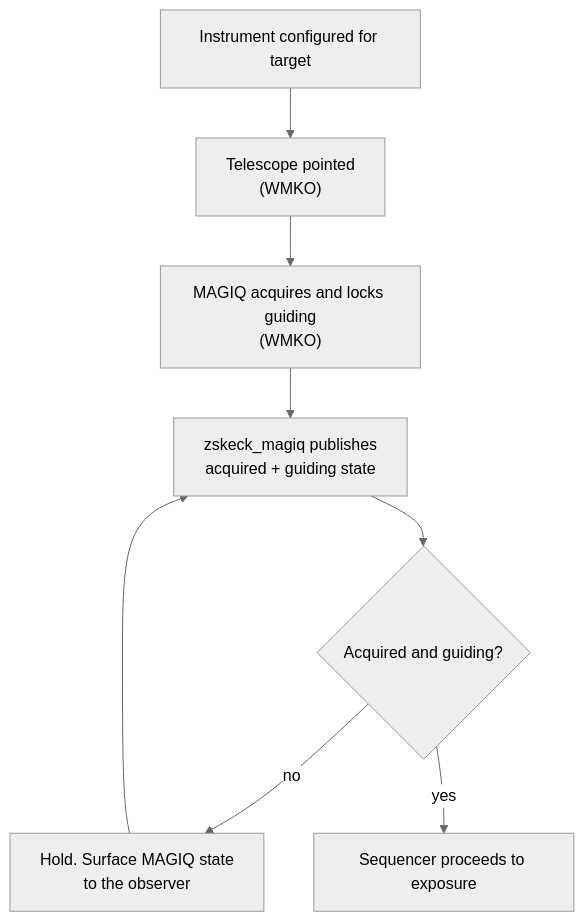
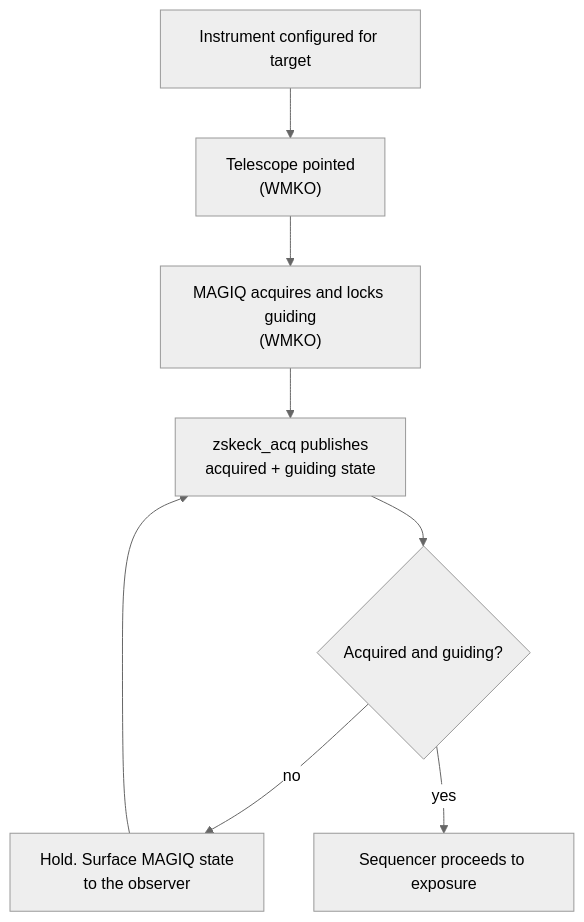
One commit to CaltechOpticalObservatories/zshooter changed the third of 8 diagrams in docs/source/operations/workflows.rst. Above: the diagram before and after it, drawn with Mermaid (neutral theme). The commit also changed other lines of this file and 26 other files, not shown here.

Commit message:
Changes per architectural discussions (#2)

```diff
--- a/docs/source/operations/workflows.rst
+++ b/docs/source/operations/workflows.rst
@@ -61,10 +61,10 @@
 .. mermaid::
 
    flowchart TB
        A["Instrument configured for target"] --> B["Telescope pointed<br/>(WMKO)"]
        B --> C["MAGIQ acquires and locks guiding<br/>(WMKO)"]
-       C --> D["zskeck_magiq publishes<br/>acquired + guiding state"]
+       C --> D["zskeck_acq publishes<br/>acquired + guiding state"]
        D --> E{"Acquired and guiding?"}
        E -- no --> F["Hold. Surface MAGIQ state<br/>to the observer"]
        F --> D
        E -- yes --> G["Sequencer proceeds to exposure"]
```
